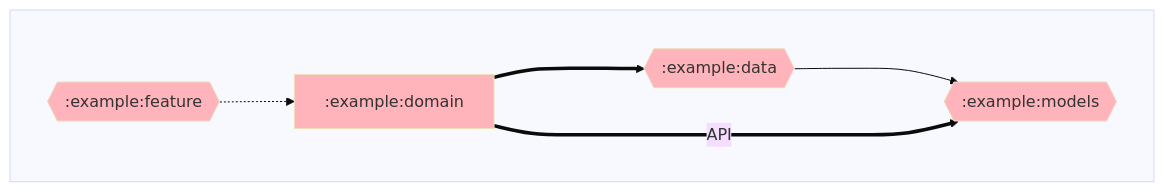
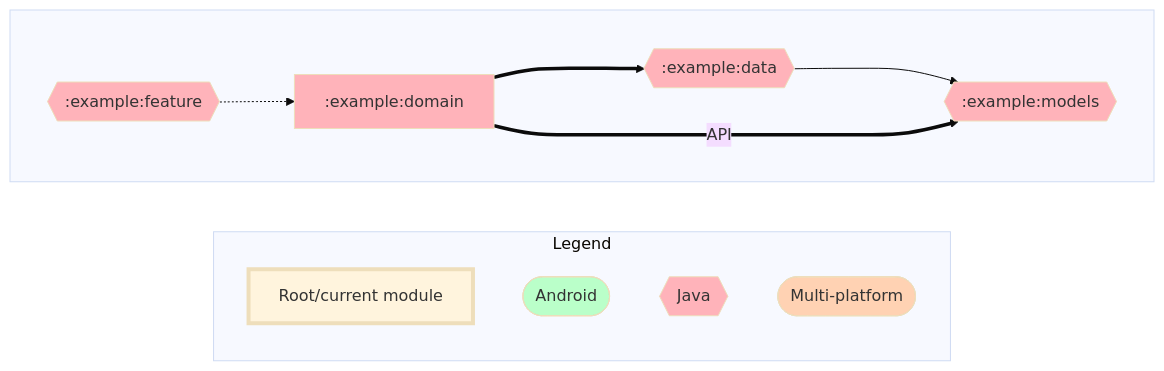
The diagram in example/domain/dependency-graph.md (adityabhaskar/Gradle-dependency-graphs), drawn with Mermaid before and after one commit. The commit also changed 6 other files, not shown here.

Commit message:
Add a legend to the graph showing which module shape/colour represents what type

````diff
--- a/example/domain/dependency-graph.md
+++ b/example/domain/dependency-graph.md
@@ -1,33 +1,42 @@
 ```mermaid
 %%{ init: { 'theme': 'base' } }%%
 graph LR;
 
 %% Styling for module nodes by type
 classDef rootNode stroke-width:4px;
 classDef mppNode fill:#ffd2b3;
 classDef andNode fill:#baffc9;
 classDef javaNode fill:#ffb3ba;
+
+%% Graph types
+subgraph Legend
+  direction TB;
+  rootNode[Root/current module]:::rootNode;
+  andNode([Android]):::andNode;
+  javaNode{{Java}}:::javaNode;
+  mppNode([Multi-platform]):::mppNode;
+end
 
 %% Modules
 subgraph  
   direction LR;
   :example:data{{:example:data}}:::javaNode;
   :example:domain[:example:domain]:::javaNode;
   :example:feature{{:example:feature}}:::javaNode;
   :example:models{{:example:models}}:::javaNode;
 end
 
 %% Dependencies
 :example:data--->:example:models
 :example:domain==API===>:example:models
 :example:domain===>:example:data
 
 %% Dependents
 :example:feature-.->:example:domain
 
 %% Click interactions
 click :example:data https://github.com/oorjalabs/todotxt-for-android/blob/main/example/data
 click :example:domain https://github.com/oorjalabs/todotxt-for-android/blob/main/example/domain
 click :example:feature https://github.com/oorjalabs/todotxt-for-android/blob/main/example/feature
 click :example:models https://github.com/oorjalabs/todotxt-for-android/blob/main/example/models
 ```
````
